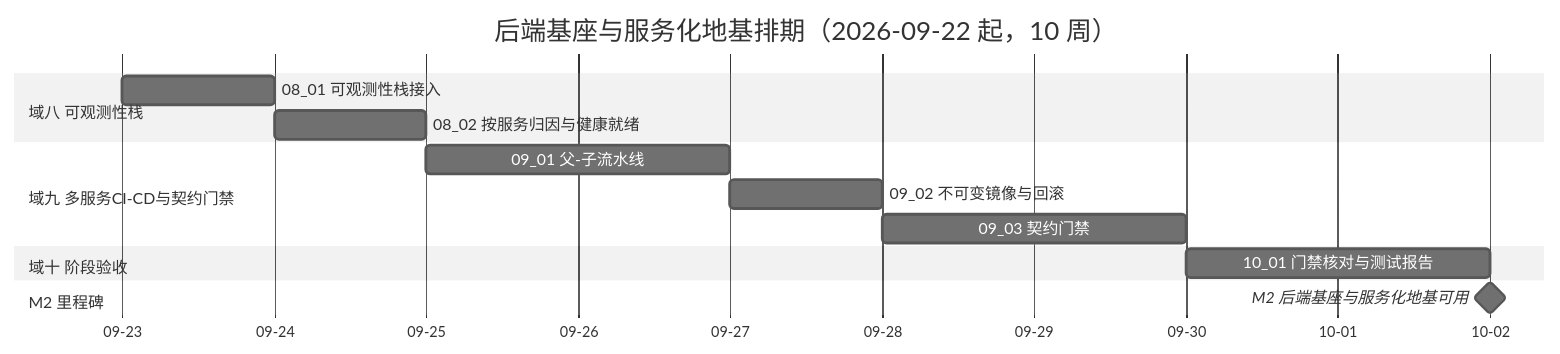
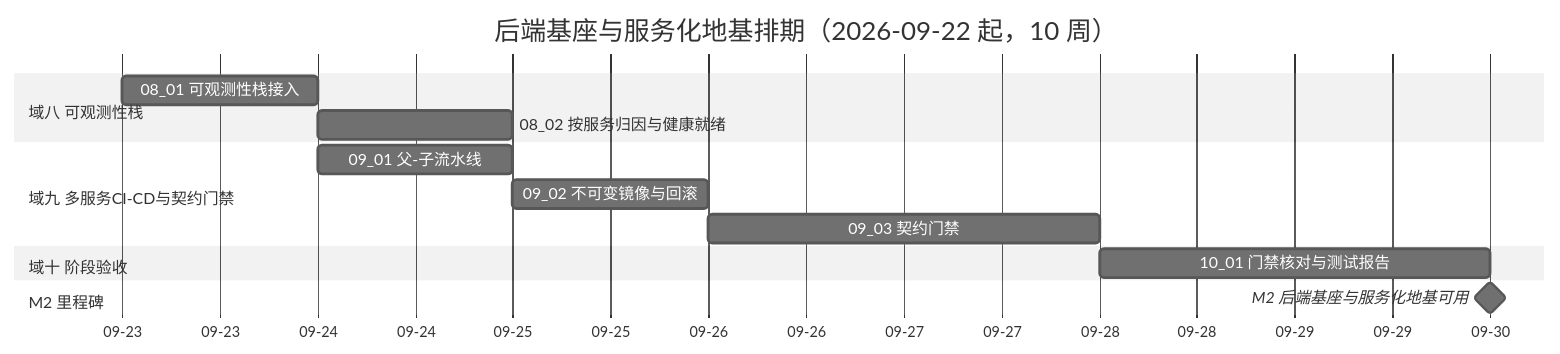
One commit to minjian123/basic-management-system changed the diagram in bms文档/项目/02_后端基座与服务化地基/计划/01_计划_后端基座与服务化地基.md. Above: the diagram before and after it, drawn with Mermaid (neutral theme). The commit also changed other lines of this file and 4 other files, not shown here.

````diff
--- a/bms文档/项目/02_后端基座与服务化地基/计划/01_计划_后端基座与服务化地基.md
+++ b/bms文档/项目/02_后端基座与服务化地基/计划/01_计划_后端基座与服务化地基.md
@@ -58,17 +58,17 @@
 ```mermaid
 gantt
     title 后端基座与服务化地基排期（2026-09-22 起，10 周）
     dateFormat  YYYY-MM-DD
     axisFormat %m-%d
     section 域八 可观测性栈
     08_01 可观测性栈接入 :a0801, 2026-09-23, 1d
     08_02 按服务归因与健康就绪 :a0802, 2026-09-24, 1d
     section 域九 多服务CI-CD与契约门禁
-    09_01 父-子流水线 :a0901, after a0802, 2d
+    09_01 父-子流水线 :a0901, 2026-09-24, 1d
     09_02 不可变镜像与回滚 :a0902, after a0901, 1d
     09_03 契约门禁 :a0903, after a0902, 2d
     section 域十 阶段验收
     10_01 门禁核对与测试报告 :a1001, after a0903, 2d
     section M2 里程碑
     M2 后端基座与服务化地基可用 :milestone, mm2, after a1001, 0d
 ```
````
